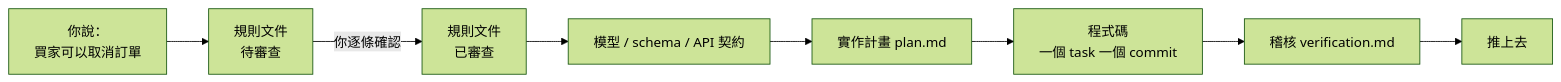
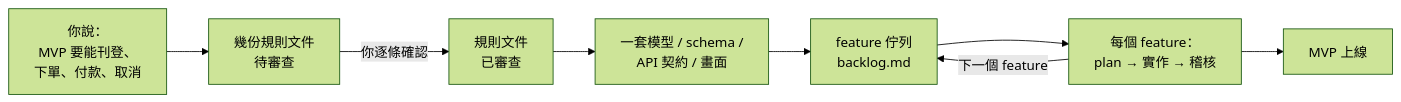
Before and after one commit to ywwwtseng/skills: the diagram in README.md, drawn with Mermaid (forest theme). The commit also changed other lines of this file, not shown here.

First line of the commit message:
docs: show the core concepts with a whole MVP built from its business rules, not one small feature

````diff
--- a/README.md
+++ b/README.md
@@ -13,10 +13,10 @@
 ```mermaid
 flowchart LR
-  A["你說：<br/>買家可以取消訂單"] --> B["規則文件<br/>待審查"]
+  A["你說：<br/>MVP 要能刊登、<br/>下單、付款、取消"] --> B["幾份規則文件<br/>待審查"]
   B -->|你逐條確認| C["規則文件<br/>已審查"]
-  C --> D["模型 / schema / API 契約"]
-  D --> E["實作計畫 plan.md"]
-  E --> F["程式碼<br/>一個 task 一個 commit"]
-  F --> G["稽核 verification.md"]
-  G --> H["推上去"]
+  C --> D["一套模型 / schema /<br/>API 契約 / 畫面"]
+  D --> E["feature 佇列<br/>backlog.md"]
+  E --> F["每個 feature：<br/>plan → 實作 → 稽核"]
+  F -->|下一個 feature| E
+  F --> G["MVP 上線"]
 ```
````
